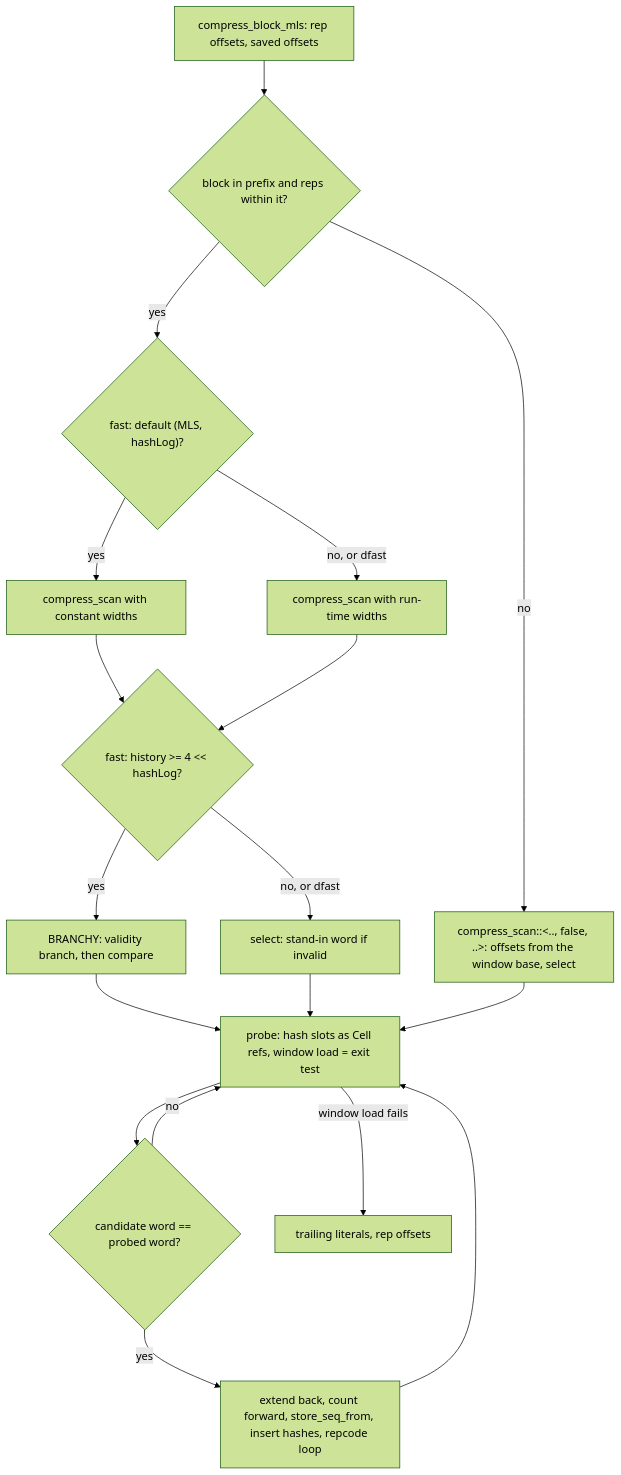
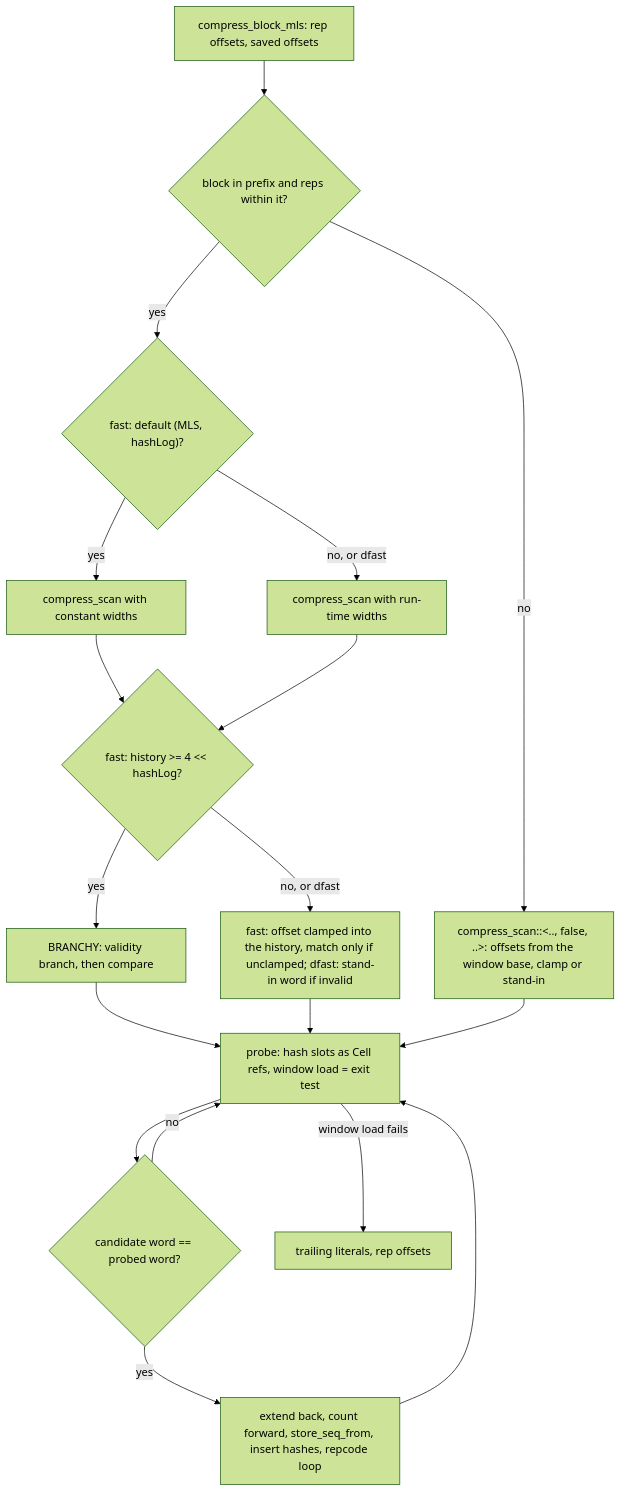
Before and after one commit to M-Compressors/mzstd: the tenth of 15 diagrams in architecture/encoder-core.md, drawn with Mermaid (forest theme). The commit also changed other lines of this file and 7 other files, not shown here.

Commit message:
opt fast and dfast methods

````diff
--- a/architecture/encoder-core.md
+++ b/architecture/encoder-core.md
@@ -444,20 +457,20 @@
 ```mermaid
 flowchart TD
     A[compress_block_mls: rep offsets, saved offsets] --> B{block in prefix and reps within it?}
     B -- yes --> W{"fast: default (MLS, hashLog)?"}
     W -- yes --> CW["compress_scan with constant widths"]
     W -- "no, or dfast" --> CR["compress_scan with run-time widths"]
     CW --> Y{"fast: history >= 4 << hashLog?"}
     CR --> Y
     Y -- yes --> C1["BRANCHY: validity branch, then compare"]
-    Y -- "no, or dfast" --> C2["select: stand-in word if invalid"]
-    B -- no --> D["compress_scan::<.., false, ..>: offsets from the window base, select"]
+    Y -- "no, or dfast" --> C2["fast: offset clamped into the history, match only if unclamped; dfast: stand-in word if invalid"]
+    B -- no --> D["compress_scan::<.., false, ..>: offsets from the window base, clamp or stand-in"]
     C1 --> E[probe: hash slots as Cell refs, window load = exit test]
     C2 --> E
     D --> E
     E --> F{"candidate word == probed word?"}
     F -- no --> E
     F -- yes --> G[extend back, count forward, store_seq_from, insert hashes, repcode loop]
     G --> E
     E -- window load fails --> H[trailing literals, rep offsets]
 ```
````
